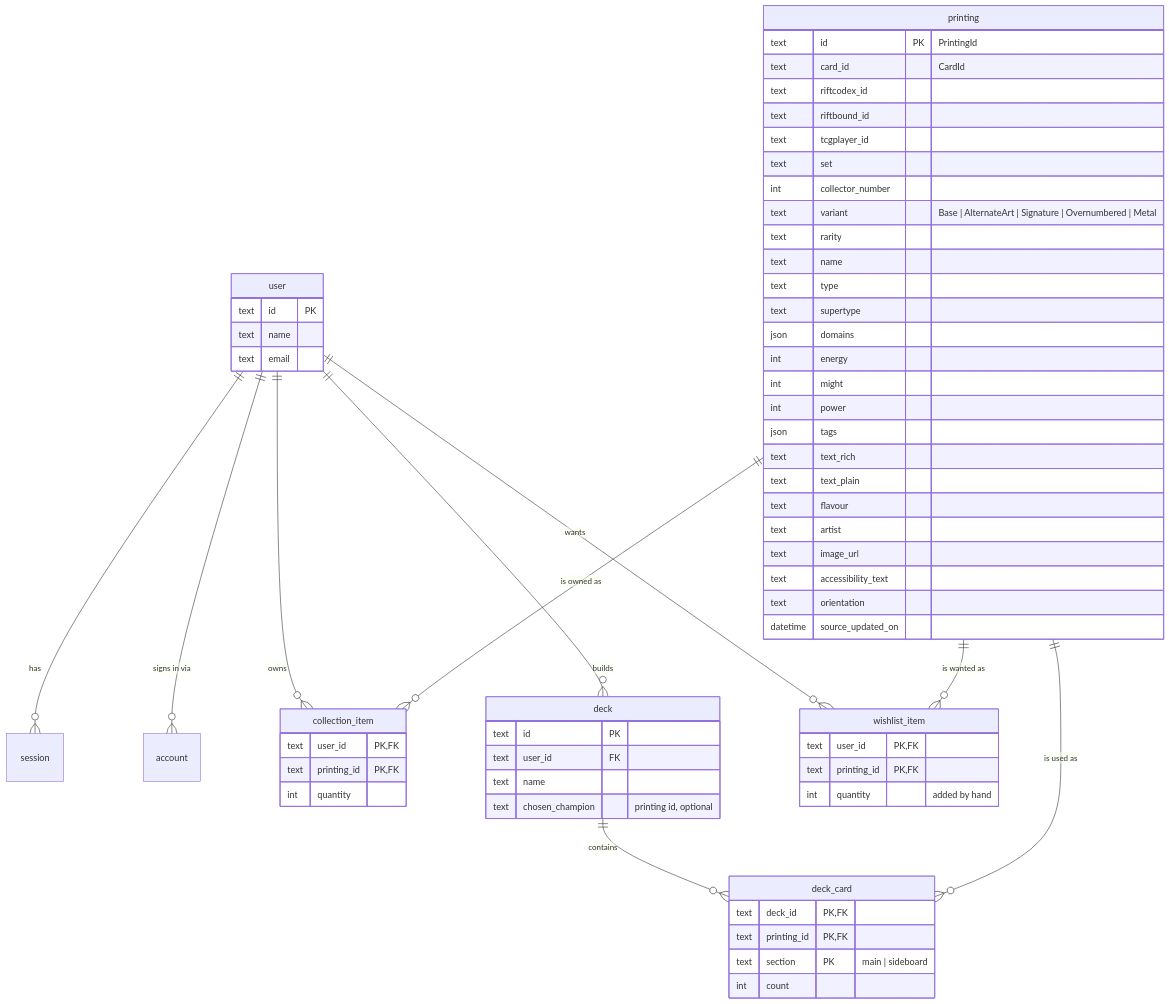
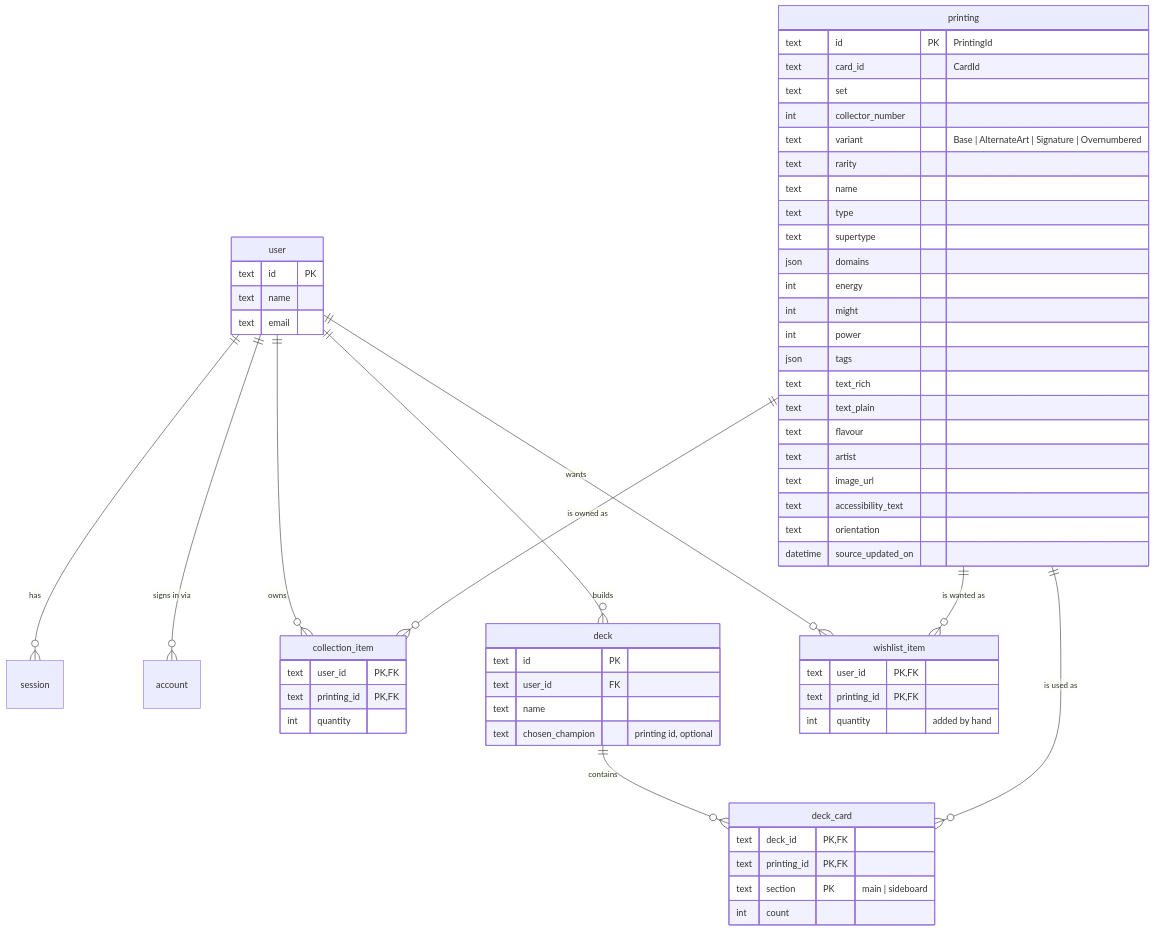
One commit to NichAnti/runebinder changed the first of 7 diagrams in docs/03-data-and-flows.md. Above: the diagram before and after it, drawn with Mermaid. The commit also changed other lines of this file and 3 other files, not shown here.

````diff
--- a/docs/03-data-and-flows.md
+++ b/docs/03-data-and-flows.md
@@ -21,67 +20,64 @@
 ```mermaid
 erDiagram
   user ||--o{ session : has
   user ||--o{ account : "signs in via"
   user ||--o{ collection_item : owns
   user ||--o{ deck : builds
   deck ||--o{ deck_card : contains
   user ||--o{ wishlist_item : wants
   printing ||--o{ collection_item : "is owned as"
   printing ||--o{ deck_card : "is used as"
   printing ||--o{ wishlist_item : "is wanted as"
 
   printing {
     text id PK "PrintingId"
     text card_id "CardId"
-    text riftcodex_id
-    text riftbound_id
-    text tcgplayer_id
     text set
     int collector_number
-    text variant "Base | AlternateArt | Signature | Overnumbered | Metal"
+    text variant "Base | AlternateArt | Signature | Overnumbered"
     text rarity
     text name
     text type
     text supertype
     json domains
     int energy
     int might
     int power
     json tags
     text text_rich
     text text_plain
     text flavour
     text artist
     text image_url
     text accessibility_text
     text orientation
     datetime source_updated_on
   }
   user {
     text id PK
     text name
     text email
   }
   collection_item {
     text user_id PK, FK
     text printing_id PK, FK
     int quantity
   }
   deck {
     text id PK
     text user_id FK
     text name
     text chosen_champion "printing id, optional"
   }
   deck_card {
     text deck_id PK, FK
     text printing_id PK, FK
     text section PK "main | sideboard"
     int count
   }
   wishlist_item {
     text user_id PK, FK
     text printing_id PK, FK
     int quantity "added by hand"
   }
 ```
````
